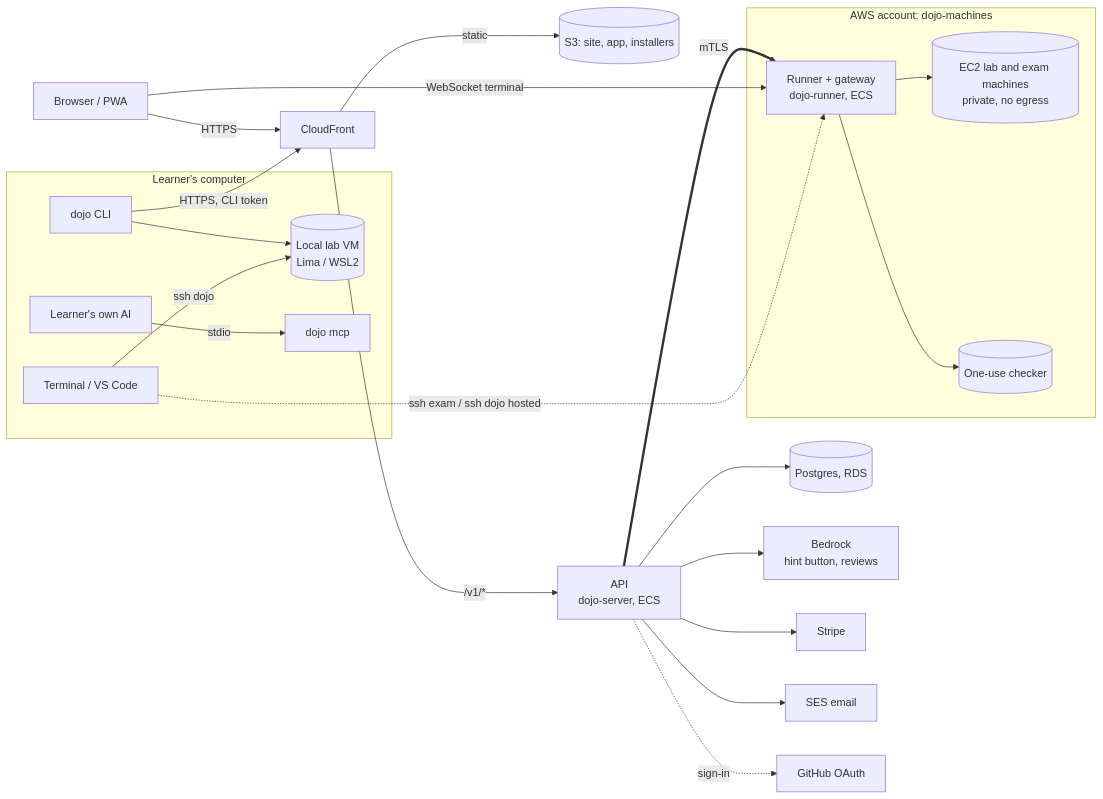
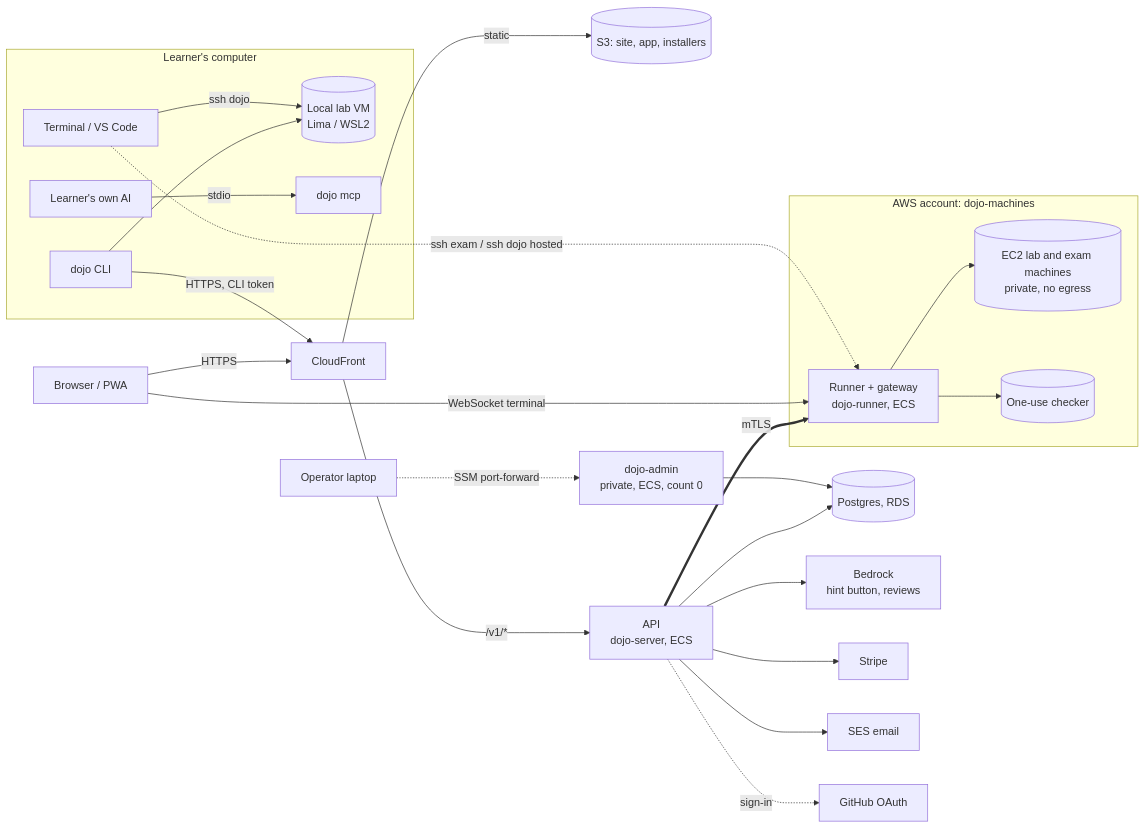
Before and after one commit to kibanbuild/dojo: the first of 2 diagrams in docs/technical-design.md, drawn with Mermaid. The commit also changed other lines of this file and 2 other files, not shown here.

First line of the commit message:
docs(design): move operator tools to a private dojo-admin service

````diff
--- a/docs/technical-design.md
+++ b/docs/technical-design.md
@@ -36,24 +36,26 @@
 ```mermaid
 flowchart LR
   subgraph laptop[Learner's computer]
     cli[dojo CLI] --> lab[(Local lab VM<br/>Lima / WSL2)]
     ai[Learner's own AI] -- stdio --> mcp[dojo mcp]
     term[Terminal / VS Code] -- ssh dojo --> lab
   end
   browser[Browser / PWA] -->|HTTPS| cf[CloudFront]
   cli -->|HTTPS, CLI token| cf
   cf -->|static| s3[(S3: site, app, installers)]
   cf -->|/v1/*| api[API<br/>dojo-server, ECS]
   api --> db[(Postgres, RDS)]
   api --> bedrock[Bedrock<br/>hint button, reviews]
   api --> stripe[Stripe]
   api --> ses[SES email]
   api -. sign-in .-> gh[GitHub OAuth]
   api == mTLS ==> runner
+  op[Operator laptop] -. SSM port-forward .-> admin[dojo-admin<br/>private, ECS, count 0]
+  admin --> db
   subgraph machines[AWS account: dojo-machines]
     runner[Runner + gateway<br/>dojo-runner, ECS] --> ec2[(EC2 lab and exam machines<br/>private, no egress)]
     runner --> checker[(One-use checker)]
   end
   browser -- WebSocket terminal --> runner
   term -. ssh exam / ssh dojo hosted .-> runner
 ```
````
